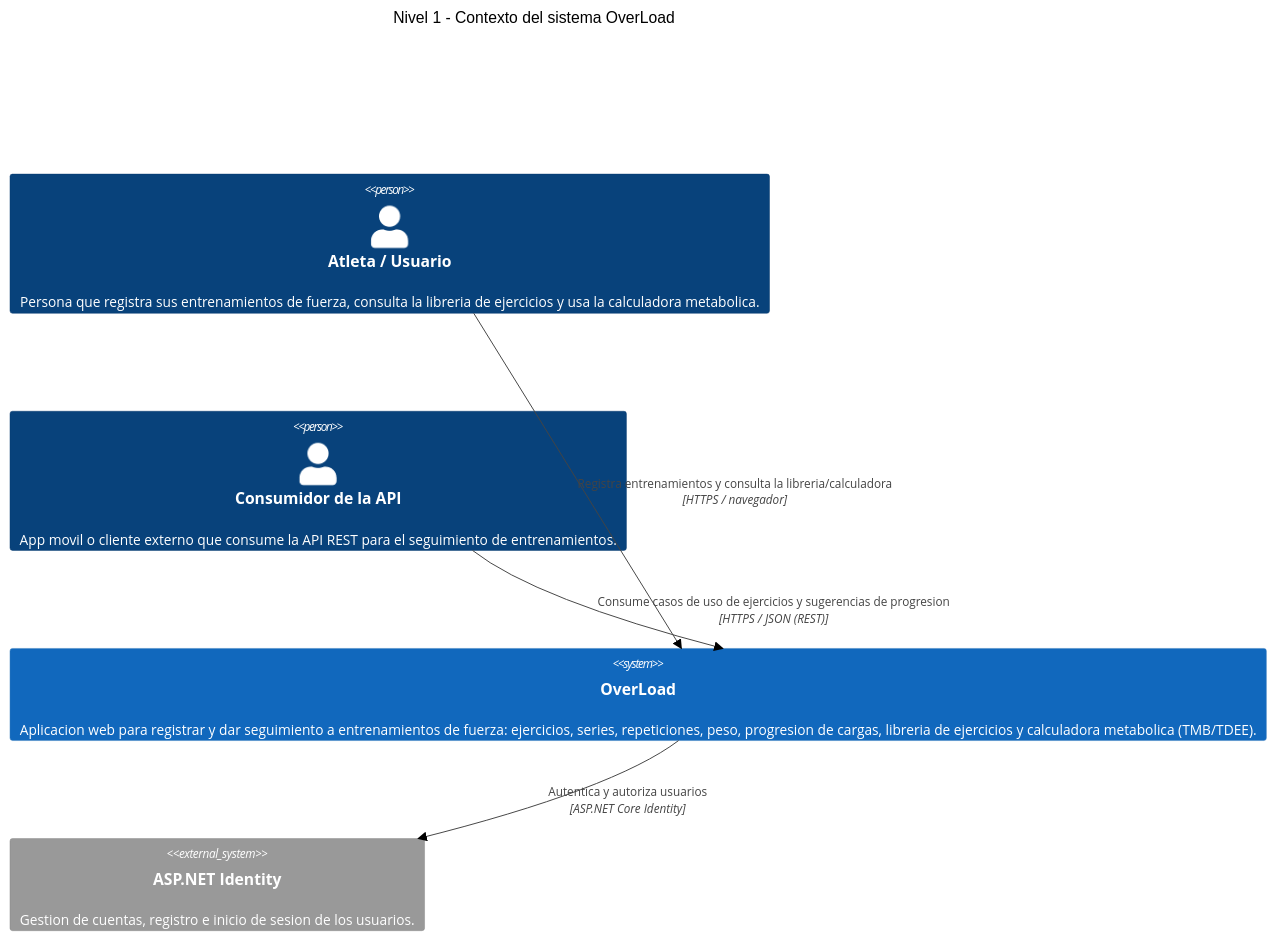
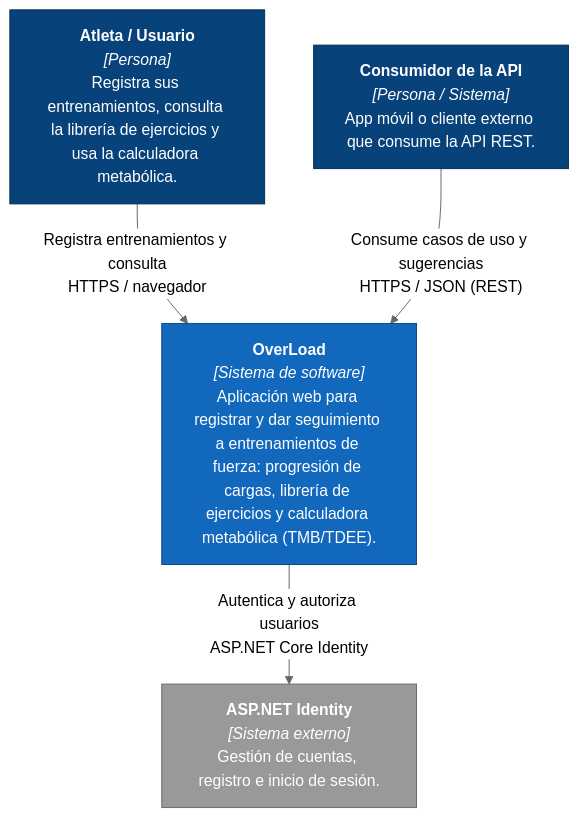
Before and after one commit to Josspoot/OverLoad: the first of 3 diagrams in docs/c4/C4-Modelo.md, drawn with Mermaid (neutral theme). The commit also changed other lines of this file, not shown here.

Commit message:
docs(c4): mejorar legibilidad de los diagramas con flowchart

````diff
--- a/docs/c4/C4-Modelo.md
+++ b/docs/c4/C4-Modelo.md
@@ -26,17 +26,18 @@
 ```mermaid
-C4Context
-    title Nivel 1 - Contexto del sistema OverLoad
+flowchart TB
+    atleta["<b>Atleta / Usuario</b><br/><i>[Persona]</i><br/>Registra sus entrenamientos, consulta la librería de ejercicios y usa la calculadora metabólica."]
+    clienteApi["<b>Consumidor de la API</b><br/><i>[Persona / Sistema]</i><br/>App móvil o cliente externo que consume la API REST."]
+    overload["<b>OverLoad</b><br/><i>[Sistema de software]</i><br/>Aplicación web para registrar y dar seguimiento a entrenamientos de fuerza: progresión de cargas, librería de ejercicios y calculadora metabólica (TMB/TDEE)."]
+    identity["<b>ASP.NET Identity</b><br/><i>[Sistema externo]</i><br/>Gestión de cuentas, registro e inicio de sesión."]
 
-    Person(atleta, "Atleta / Usuario", "Persona que registra sus entrenamientos de fuerza, consulta la libreria de ejercicios y usa la calculadora metabolica.")
-    Person(cliente_api, "Consumidor de la API", "App movil o cliente externo que consume la API REST para el seguimiento de entrenamientos.")
+    atleta -->|"Registra entrenamientos y consulta<br/>HTTPS / navegador"| overload
+    clienteApi -->|"Consume casos de uso y sugerencias<br/>HTTPS / JSON (REST)"| overload
+    overload -->|"Autentica y autoriza usuarios<br/>ASP.NET Core Identity"| identity
 
-    System(overload, "OverLoad", "Aplicacion web para registrar y dar seguimiento a entrenamientos de fuerza: ejercicios, series, repeticiones, peso, progresion de cargas, libreria de ejercicios y calculadora metabolica (TMB/TDEE).")
-
-    System_Ext(identity, "ASP.NET Identity", "Gestion de cuentas, registro e inicio de sesion de los usuarios.")
-
-    Rel(atleta, overload, "Registra entrenamientos y consulta la libreria/calculadora", "HTTPS / navegador")
-    Rel(cliente_api, overload, "Consume casos de uso de ejercicios y sugerencias de progresion", "HTTPS / JSON (REST)")
-    Rel(overload, identity, "Autentica y autoriza usuarios", "ASP.NET Core Identity")
-
-    UpdateLayoutConfig($c4ShapeInRow="2", $c4BoundaryInRow="1")
+    classDef persona fill:#08427b,stroke:#052e56,color:#ffffff;
+    classDef sistema fill:#1168bd,stroke:#0b4884,color:#ffffff;
+    classDef externo fill:#999999,stroke:#6b6b6b,color:#ffffff;
+    class atleta,clienteApi persona
+    class overload sistema
+    class identity externo
 ```
````
